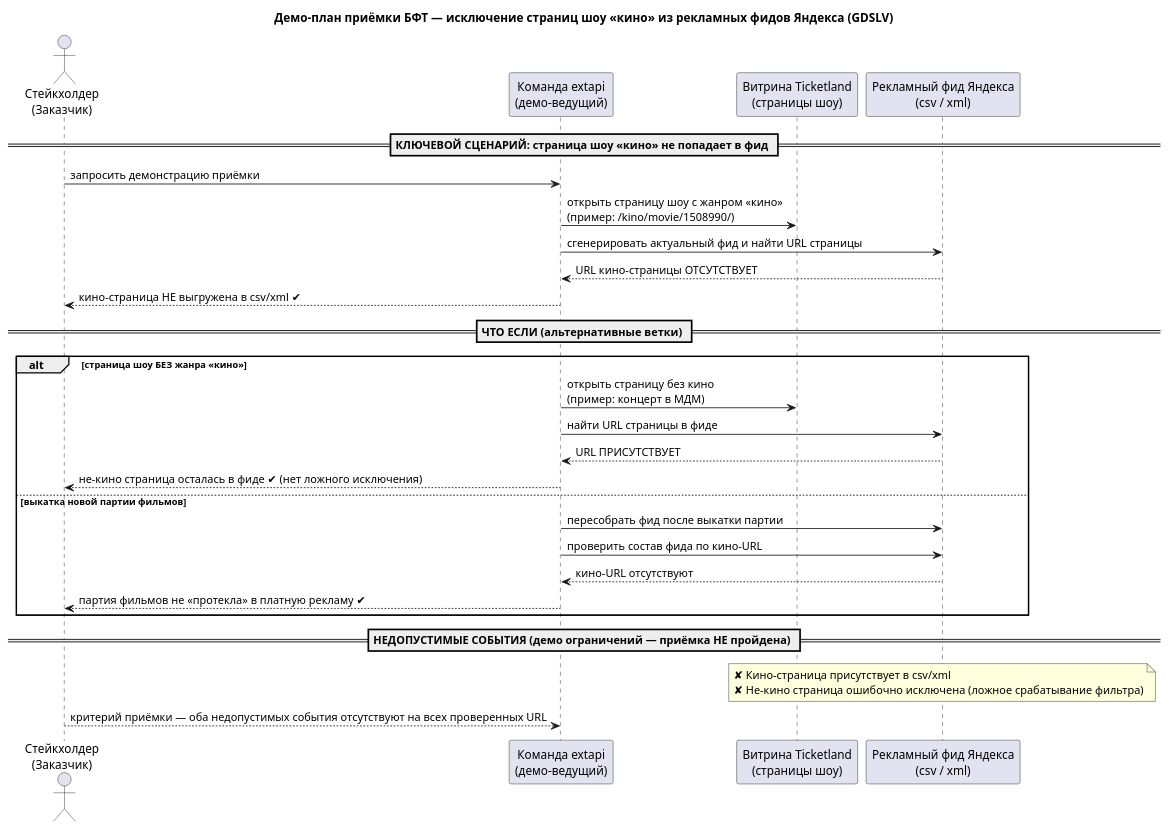
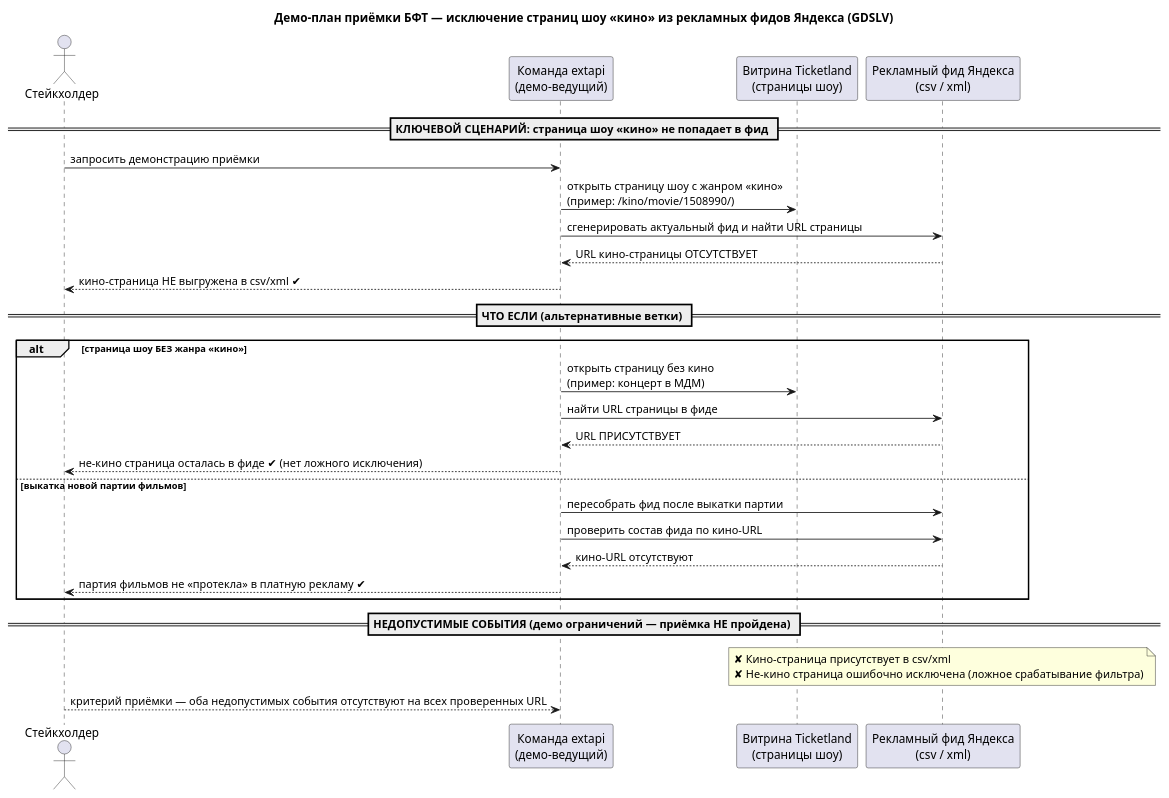
One commit to kibarik/po-helper changed the diagram in bft_documentation/GDSLV-kino-feed-exclusion.md. Above: the diagram before and after it, drawn with PlantUML. The commit also changed other lines of this file and 8 other files, not shown here.

First line of the commit message:
chore: обезличивание — аккуратные роли вместо ФИ + чистый svg диаграммы

````diff
--- a/bft_documentation/GDSLV-kino-feed-exclusion.md
+++ b/bft_documentation/GDSLV-kino-feed-exclusion.md
@@ -88,38 +88,38 @@
 ```plantuml
 @startuml
 title Демо-план приёмки БФТ — исключение страниц шоу «кино» из рекламных фидов Яндекса (GDSLV)
 
-actor "Стейкхолдер\n(Заказчик)" as SH
+actor "Стейкхолдер" as SH
 participant "Команда extapi\n(демо-ведущий)" as TEAM
 participant "Витрина Ticketland\n(страницы шоу)" as SITE
 participant "Рекламный фид Яндекса\n(csv / xml)" as FEED
 
 == КЛЮЧЕВОЙ СЦЕНАРИЙ: страница шоу «кино» не попадает в фид ==
 SH  ->  TEAM : запросить демонстрацию приёмки
 TEAM -> SITE : открыть страницу шоу с жанром «кино»\n(пример: /kino/movie/1508990/)
 TEAM -> FEED : сгенерировать актуальный фид и найти URL страницы
 FEED --> TEAM : URL кино-страницы ОТСУТСТВУЕТ
 TEAM --> SH  : кино-страница НЕ выгружена в csv/xml ✔
 
 == ЧТО ЕСЛИ (альтернативные ветки) ==
 alt страница шоу БЕЗ жанра «кино»
   TEAM -> SITE : открыть страницу без кино\n(пример: концерт в МДМ)
   TEAM -> FEED : найти URL страницы в фиде
   FEED --> TEAM : URL ПРИСУТСТВУЕТ
   TEAM --> SH  : не-кино страница осталась в фиде ✔ (нет ложного исключения)
 else выкатка новой партии фильмов
   TEAM -> FEED : пересобрать фид после выкатки партии
   TEAM -> FEED : проверить состав фида по кино-URL
   FEED --> TEAM : кино-URL отсутствуют
   TEAM --> SH  : партия фильмов не «протекла» в платную рекламу ✔
 end
 
 == НЕДОПУСТИМЫЕ СОБЫТИЯ (демо ограничений — приёмка НЕ пройдена) ==
 note over FEED
   ✘ Кино-страница присутствует в csv/xml
   ✘ Не-кино страница ошибочно исключена (ложное срабатывание фильтра)
 end note
 SH  --> TEAM : критерий приёмки — оба недопустимых события отсутствуют на всех проверенных URL
 
 @enduml
 ```
````
